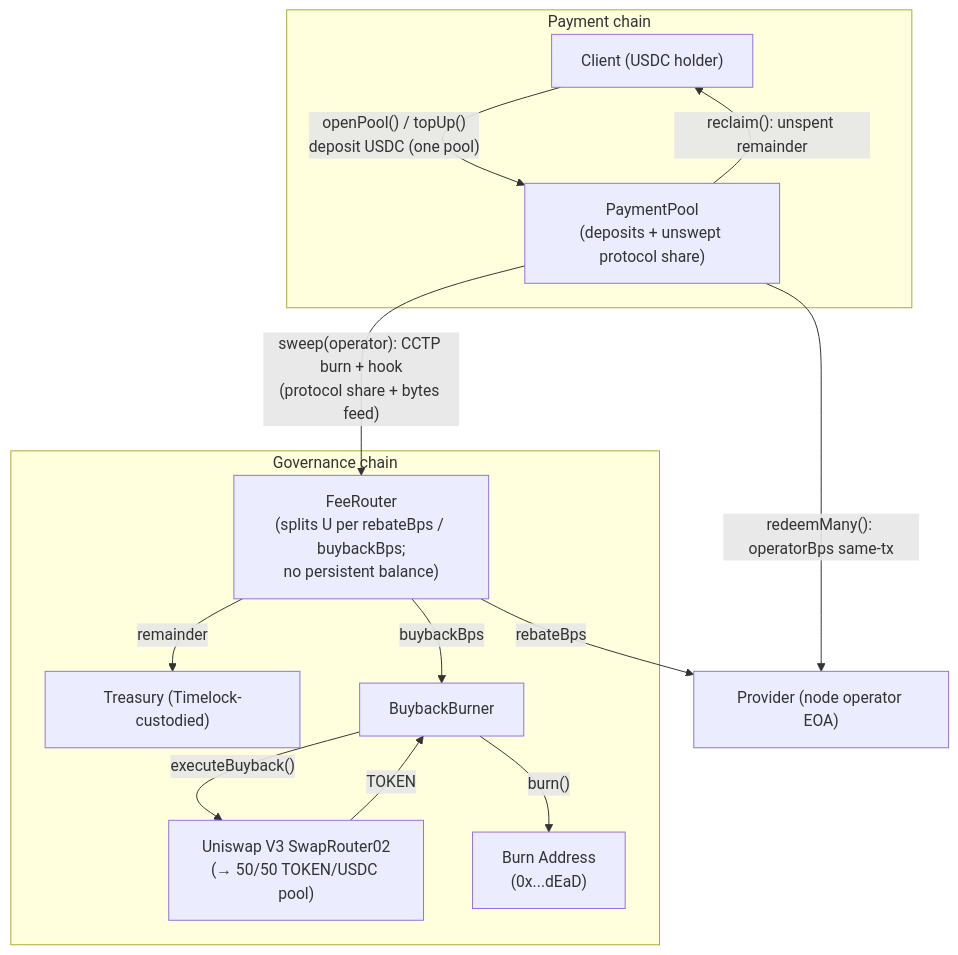
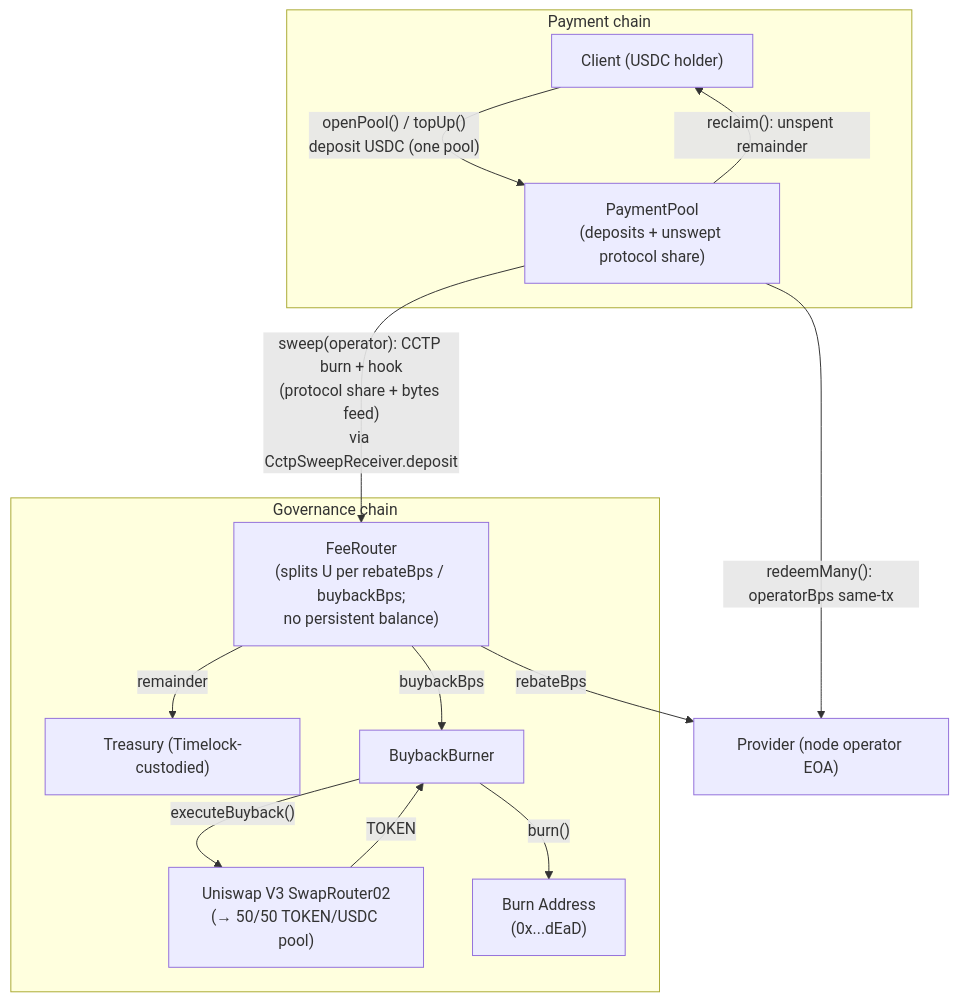
The fourth of 5 diagrams in adr/016-contract-interactions.md (decdn/decdn), drawn with Mermaid before and after one commit. The commit also changed other lines of this file and 3 other files, not shown here.

First line of the commit message:
docs(adr): bridge adapters feed a permissionless FeeRouter.deposit

````diff
--- a/adr/016-contract-interactions.md
+++ b/adr/016-contract-interactions.md
@@ -601,26 +606,26 @@
 ```mermaid
 flowchart TD
     subgraph PCH["Payment chain"]
         Client["Client (USDC holder)"]
         PC["PaymentPool<br/>(deposits + unswept protocol share)"]
     end
     subgraph GCH["Governance chain"]
         FR["FeeRouter<br/>(splits U per rebateBps / buybackBps;<br/>no persistent balance)"]
         Treasury["Treasury (Timelock-custodied)"]
         BB["BuybackBurner"]
         UNI["Uniswap V3 SwapRouter02<br/>(→ 50/50 TOKEN/USDC pool)"]
         BURN["Burn Address<br/>(0x...dEaD)"]
     end
     Provider["Provider (node operator EOA)"]
 
     Client -->|"openPool() / topUp()<br/>deposit USDC (one pool)"| PC
     PC -->|"redeemMany(): operatorBps same-tx"| Provider
     PC -->|"reclaim(): unspent remainder"| Client
-    PC -->|"sweep(operator): CCTP burn + hook<br/>(protocol share + bytes feed)"| FR
+    PC -->|"sweep(operator): CCTP burn + hook<br/>(protocol share + bytes feed)<br/>via CctpSweepReceiver.deposit"| FR
     FR -->|"rebateBps"| Provider
     FR -->|"buybackBps"| BB
     FR -->|"remainder"| Treasury
     BB -->|"executeBuyback()"| UNI
     UNI -->|"TOKEN"| BB
     BB -->|"burn()"| BURN
 ```
````
